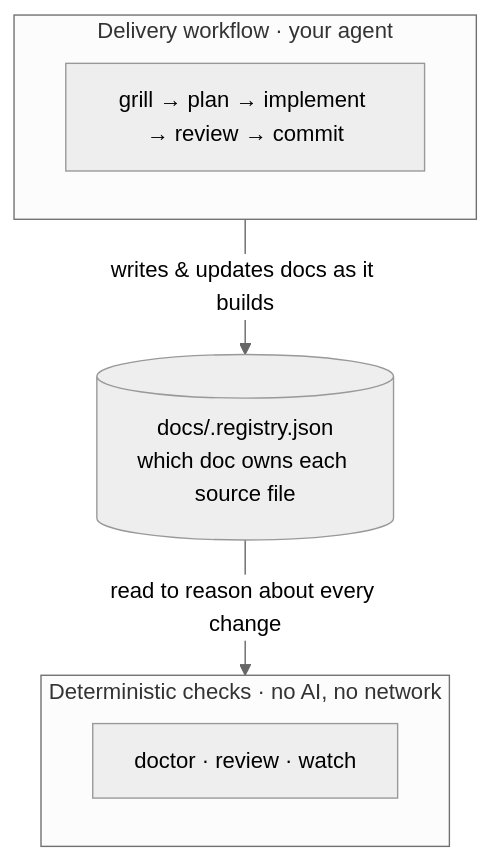
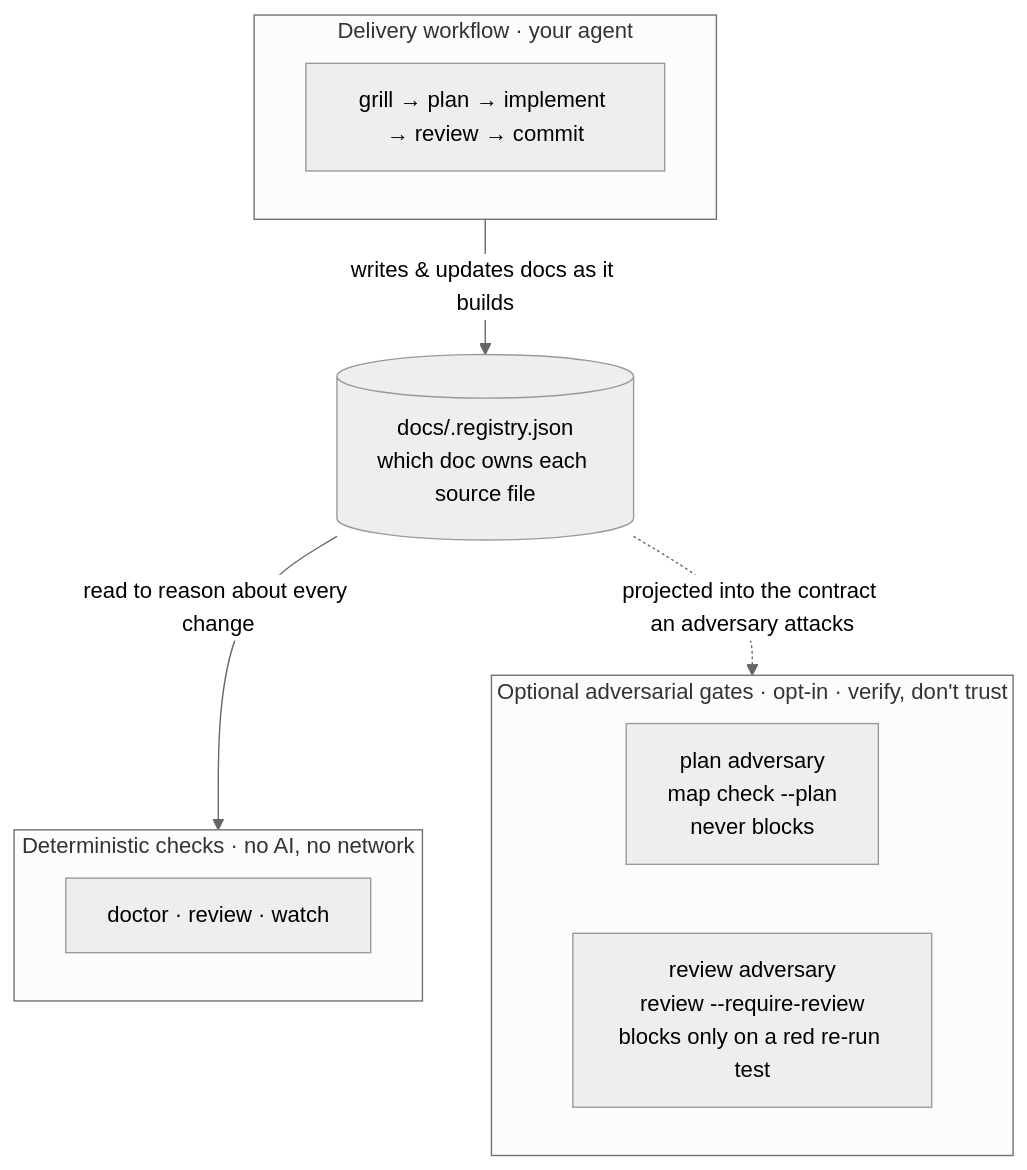
Before and after one commit to jakubsuplicki/codument: the first of 2 diagrams in README.md, drawn with Mermaid (neutral theme). The commit also changed other lines of this file, not shown here.

First line of the commit message:
docs(readme): document the two adversarial gates, ack, and per-symbol drift

````diff
--- a/README.md
+++ b/README.md
@@ -22,12 +23,17 @@
 ```mermaid
 flowchart TB
   subgraph WF["Delivery workflow · your agent"]
     L["grill → plan → implement → review → commit"]
   end
   REG[("docs/.registry.json<br/>which doc owns each source file")]
   subgraph CLI["Deterministic checks · no AI, no network"]
     C["doctor · review · watch"]
   end
+  subgraph ADV["Optional adversarial gates · opt-in · verify, don't trust"]
+    PA["plan adversary<br/>map check --plan<br/>never blocks"]
+    RA["review adversary<br/>review --require-review<br/>blocks only on a red re-run test"]
+  end
   WF -->|writes &amp; updates docs as it builds| REG
   REG -->|read to reason about every change| CLI
+  REG -.->|projected into the contract an adversary attacks| ADV
 ```
````
